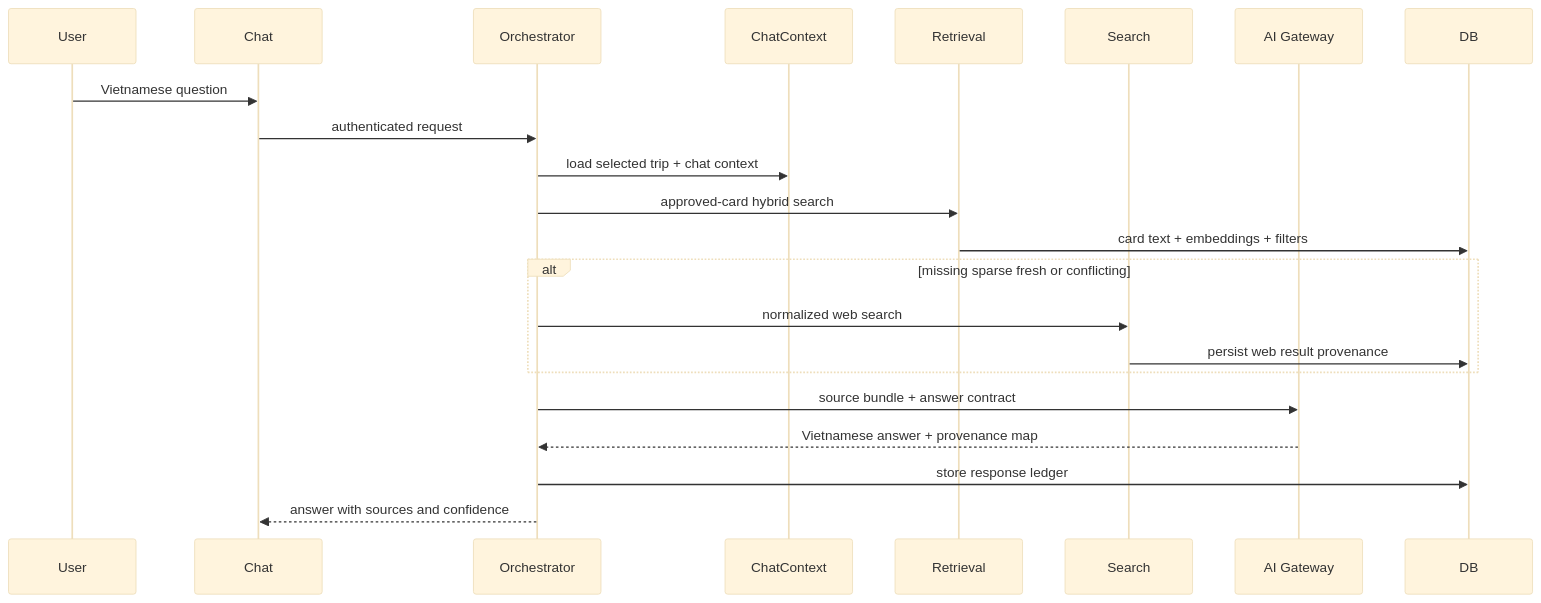
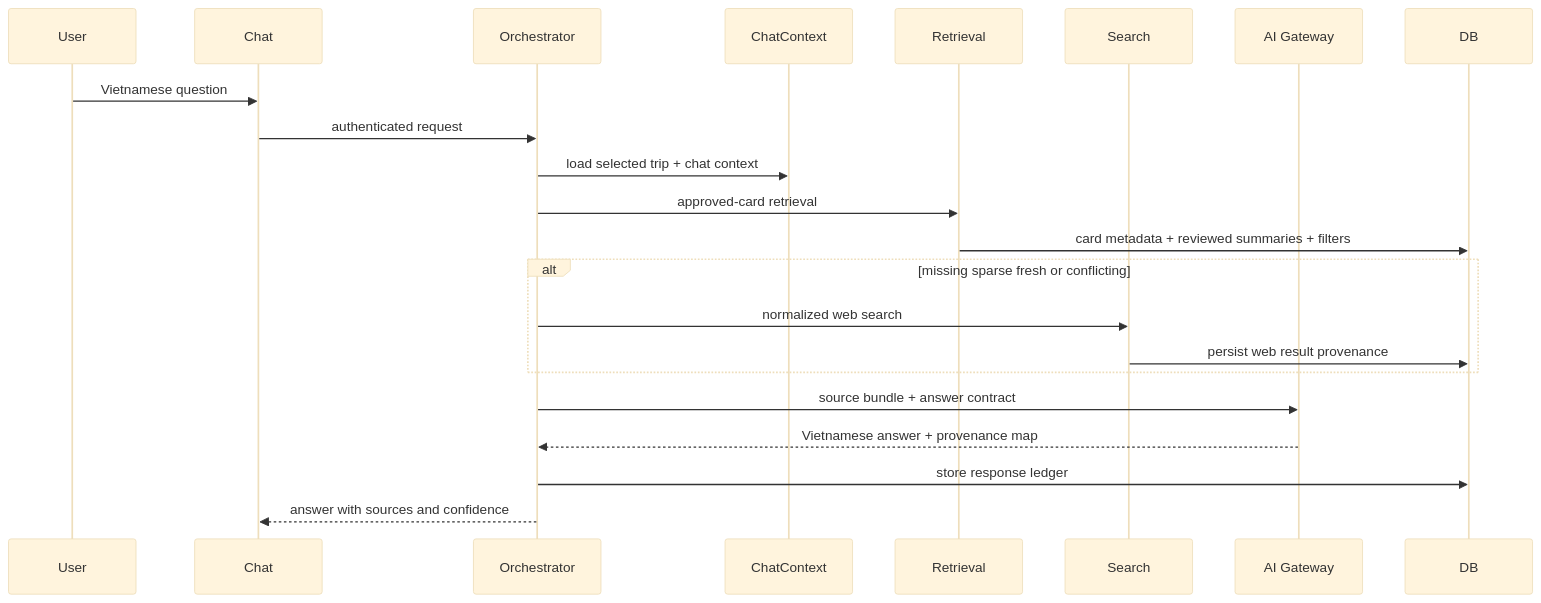
One commit to tonytippi/xuyenviet changed the third of 3 diagrams in _bmad-output/planning-artifacts/architecture/architecture-xuyenviet-2026-07-04/ARCHITECTURE-SPINE.md. Above: the diagram before and after it, drawn with Mermaid (base theme). The commit also changed other lines of this file and 1 other file, not shown here.

Commit message:
Docs: clarify Epic 5 retrieval architecture

````diff
--- a/_bmad-output/planning-artifacts/architecture/architecture-xuyenviet-2026-07-04/ARCHITECTURE-SPINE.md
+++ b/_bmad-output/planning-artifacts/architecture/architecture-xuyenviet-2026-07-04/ARCHITECTURE-SPINE.md
@@ -153,24 +153,24 @@
 ```mermaid
 sequenceDiagram
   participant User
   participant Chat
   participant Orchestrator
   participant ChatContext
   participant Retrieval
   participant Search
   participant AIGateway as AI Gateway
   participant DB
   User->>Chat: Vietnamese question
   Chat->>Orchestrator: authenticated request
   Orchestrator->>ChatContext: load selected trip + chat context
-  Orchestrator->>Retrieval: approved-card hybrid search
-  Retrieval->>DB: card text + embeddings + filters
+  Orchestrator->>Retrieval: approved-card retrieval
+  Retrieval->>DB: card metadata + reviewed summaries + filters
   alt missing sparse fresh or conflicting
     Orchestrator->>Search: normalized web search
     Search->>DB: persist web result provenance
   end
   Orchestrator->>AIGateway: source bundle + answer contract
   AIGateway-->>Orchestrator: Vietnamese answer + provenance map
   Orchestrator->>DB: store response ledger
   Orchestrator-->>Chat: answer with sources and confidence
 ```
````
